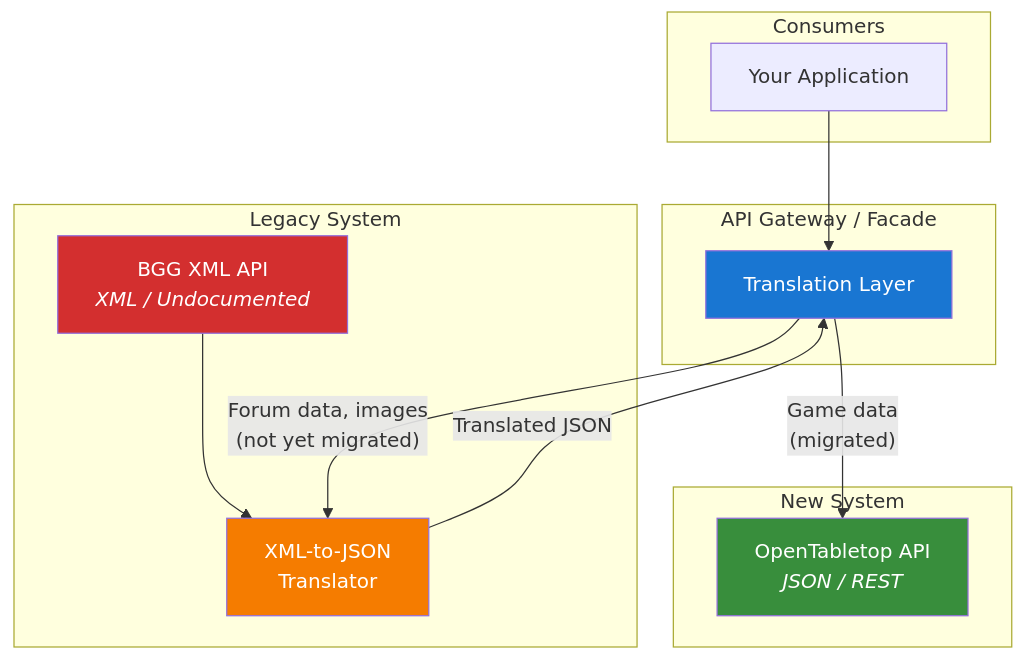
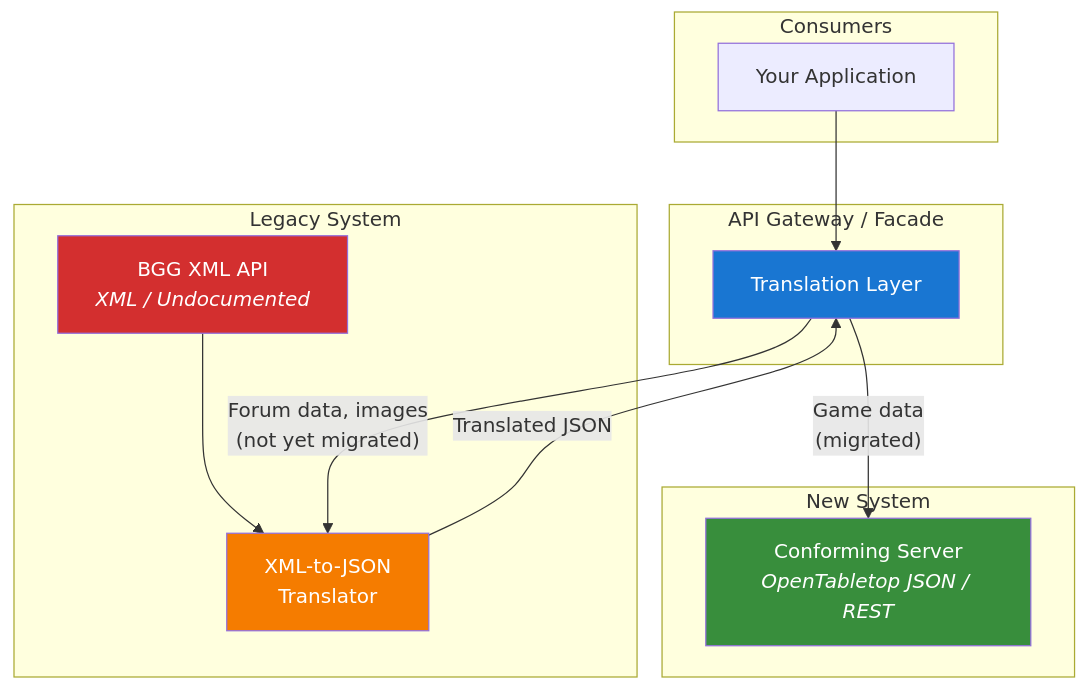
Before and after one commit to tabletop-commons/OpenTabletop: the first of 2 diagrams in docs/src/architecture/legacy-migration.md, drawn with Mermaid. The commit also changed other lines of this file and 68 other files, not shown here.

````diff
--- a/docs/src/architecture/legacy-migration.md
+++ b/docs/src/architecture/legacy-migration.md
@@ -9,30 +9,30 @@
 ```mermaid
 flowchart TD
     subgraph "Consumers"
         APP["Your Application"]
     end
 
     subgraph "API Gateway / Facade"
         GW["Translation Layer"]
     end
 
     subgraph "New System"
-        OBG["OpenTabletop API<br/><i>JSON / REST</i>"]
+        OBG["Conforming Server<br/><i>OpenTabletop JSON / REST</i>"]
     end
 
     subgraph "Legacy System"
         BGG["BGG XML API<br/><i>XML / Undocumented</i>"]
         XLAT["XML-to-JSON<br/>Translator"]
         BGG --> XLAT
     end
 
     APP --> GW
     GW -->|"Game data<br/>(migrated)"| OBG
     GW -->|"Forum data, images<br/>(not yet migrated)"| XLAT
     XLAT -->|"Translated JSON"| GW
 
     style OBG fill:#388e3c,color:#fff
     style BGG fill:#d32f2f,color:#fff
     style GW fill:#1976d2,color:#fff
     style XLAT fill:#f57c00,color:#fff
 ```
````
